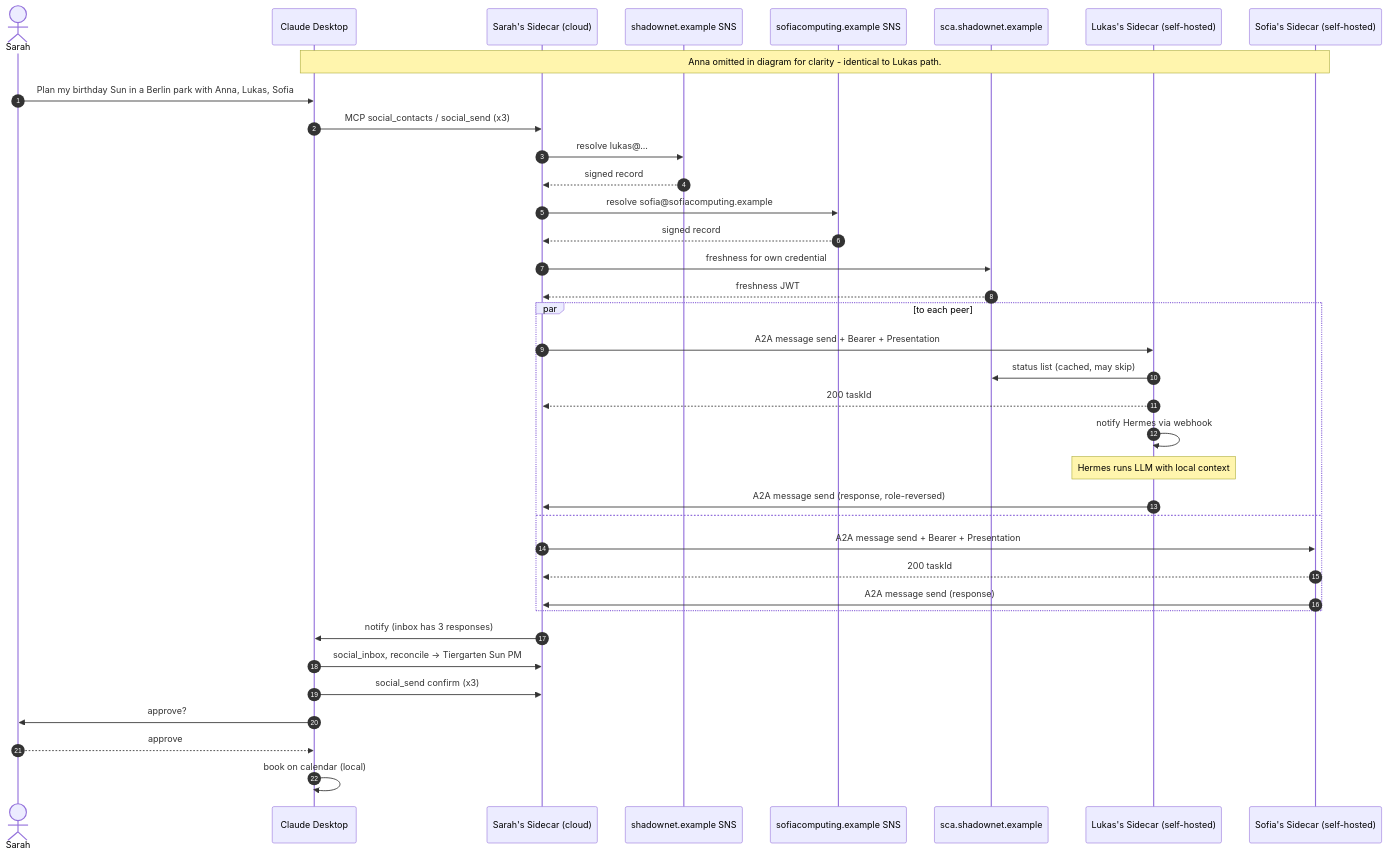
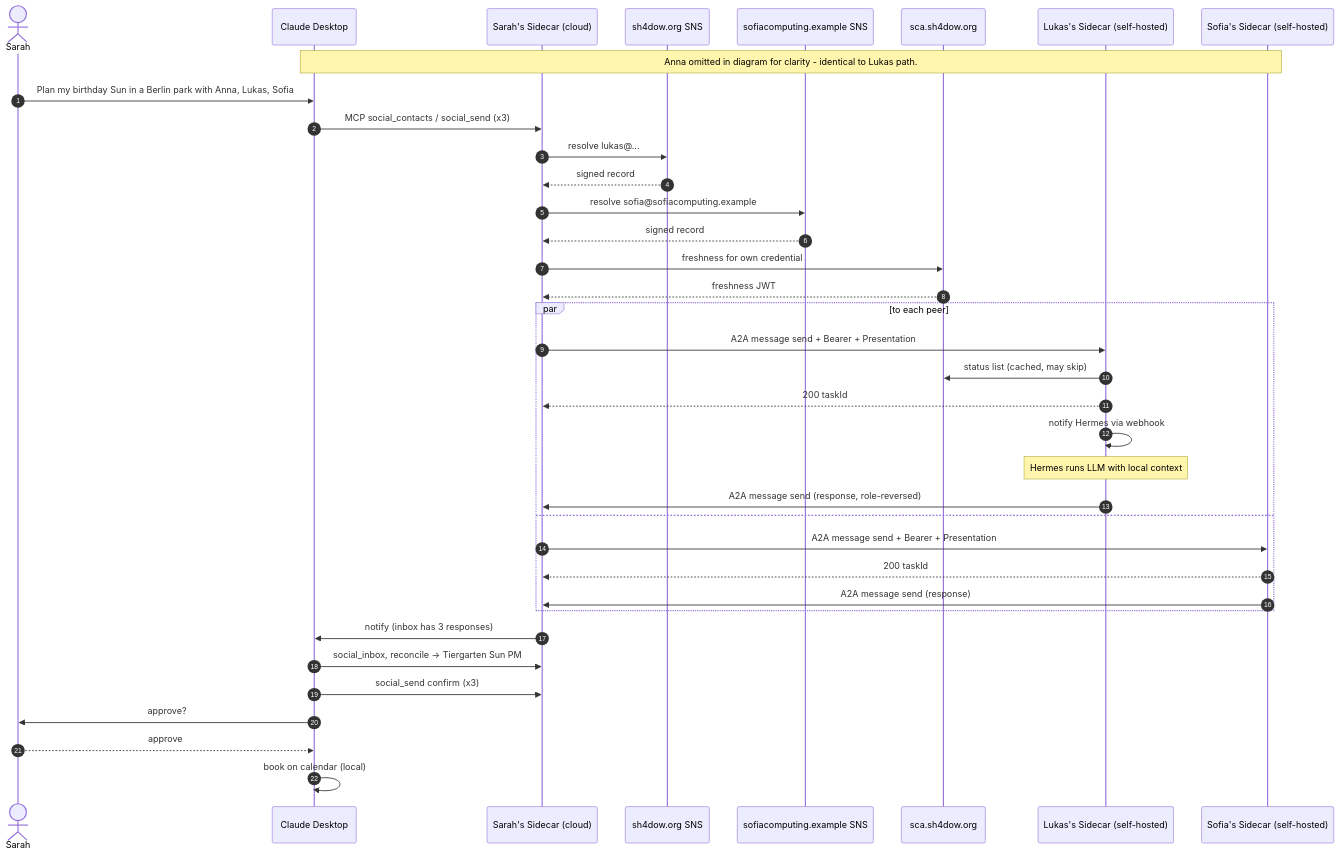
One commit to shadownet-protocol/shadownet-specs changed the diagram in examples/birthday-flow.md. Above: the diagram before and after it, drawn with Mermaid. The commit also changed other lines of this file and 7 other files, not shown here.

Commit message:
Update RFCs, examples, and schemas: replace `shadownet.example` with `sh4dow.org` across all references.

````diff
--- a/examples/birthday-flow.md
+++ b/examples/birthday-flow.md
@@ -27,43 +27,43 @@
 ```mermaid
 sequenceDiagram
     autonumber
     actor Sarah
     participant CD as Claude Desktop
     participant SS as Sarah's Sidecar (cloud)
-    participant SNS1 as shadownet.example SNS
+    participant SNS1 as sh4dow.org SNS
     participant SNS2 as sofiacomputing.example SNS
-    participant SCA as sca.shadownet.example
+    participant SCA as sca.sh4dow.org
     participant LS as Lukas's Sidecar (self-hosted)
     participant SoS as Sofia's Sidecar (self-hosted)
 
     Note over CD,SoS: Anna omitted in diagram for clarity - identical to Lukas path.
 
     Sarah->>CD: Plan my birthday Sun in a Berlin park with Anna, Lukas, Sofia
     CD->>SS: MCP social_contacts / social_send (x3)
     SS->>SNS1: resolve lukas@...
     SNS1-->>SS: signed record
     SS->>SNS2: resolve sofia@sofiacomputing.example
     SNS2-->>SS: signed record
     SS->>SCA: freshness for own credential
     SCA-->>SS: freshness JWT
 
     par to each peer
         SS->>LS: A2A message send + Bearer + Presentation
         LS->>SCA: status list (cached, may skip)
         LS-->>SS: 200 taskId
         LS->>LS: notify Hermes via webhook
         Note over LS: Hermes runs LLM with local context
         LS->>SS: A2A message send (response, role-reversed)
     and
         SS->>SoS: A2A message send + Bearer + Presentation
         SoS-->>SS: 200 taskId
         SoS->>SS: A2A message send (response)
     end
 
     SS->>CD: notify (inbox has 3 responses)
     CD->>SS: social_inbox, reconcile -> Tiergarten Sun PM
     CD->>SS: social_send confirm (x3)
     CD->>Sarah: approve?
     Sarah-->>CD: approve
     CD->>CD: book on calendar (local)
 ```
````
